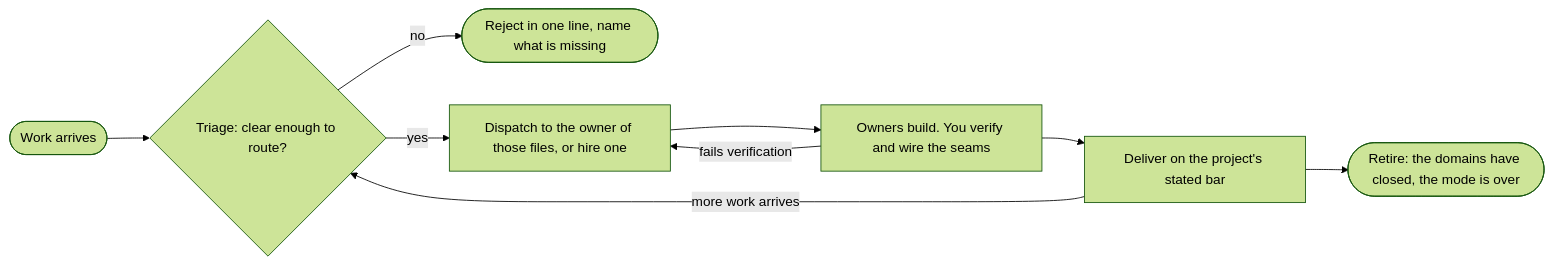
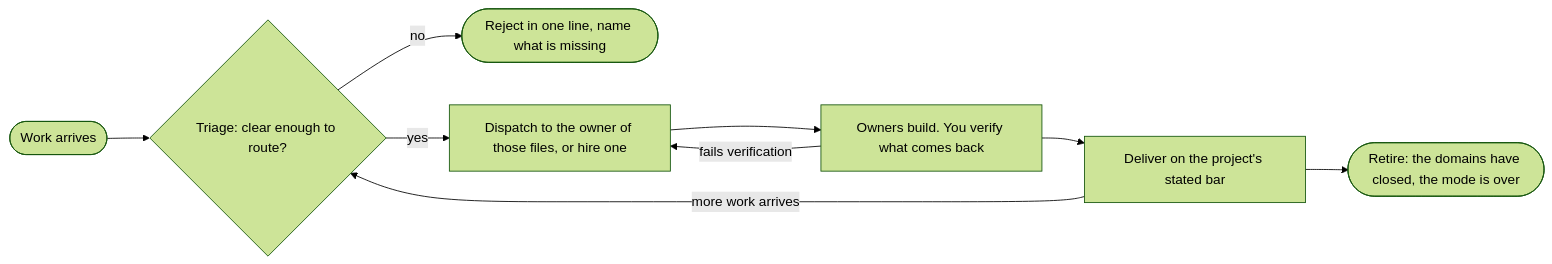
Before and after one commit to EthanITA/Mode: the diagram in skills/mode/modes/swarm.md, drawn with Mermaid (forest theme). The commit also changed other lines of this file and 2 other files, not shown here.

````diff
--- a/skills/mode/modes/swarm.md
+++ b/skills/mode/modes/swarm.md
@@ -22,11 +31,11 @@
 ```mermaid
 flowchart LR
     R([Work arrives]) --> T{Triage: clear enough to route?}
     T -- no --> X([Reject in one line, name what is missing])
     T -- yes --> D[Dispatch to the owner of those files, or hire one]
-    D --> W[Owners build. You verify and wire the seams]
+    D --> W[Owners build. You verify what comes back]
     W -- fails verification --> D
     W --> L[Deliver on the project's stated bar]
     L -- more work arrives --> T
     L --> C([Retire: the domains have closed, the mode is over])
 ```
````
